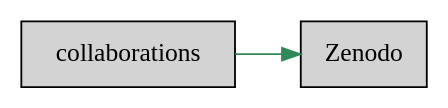
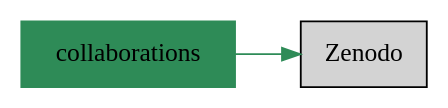
Before and after one commit to duongdo27/Dealii: the diagram in markdown/category_collaborations.dot, drawn with Graphviz. The commit also changed 16 other files, not shown here.

```diff
--- a/markdown/category_collaborations.dot
+++ b/markdown/category_collaborations.dot
@@ -1,8 +1,9 @@
 digraph bettersoftware {
             rankdir = LR;
             ratio = fill;
             node [style=filled];
             node [shape = box];
+"collaborations" [colorscheme="svg" color="seagreen"]
 "collaborations" ->  "Zenodo.md" [colorscheme="svg" color="seagreen"];
 "Zenodo.md" [label="Zenodo" URL="http://bss.parallactic.com/resources/zenodo"]
 }
```
